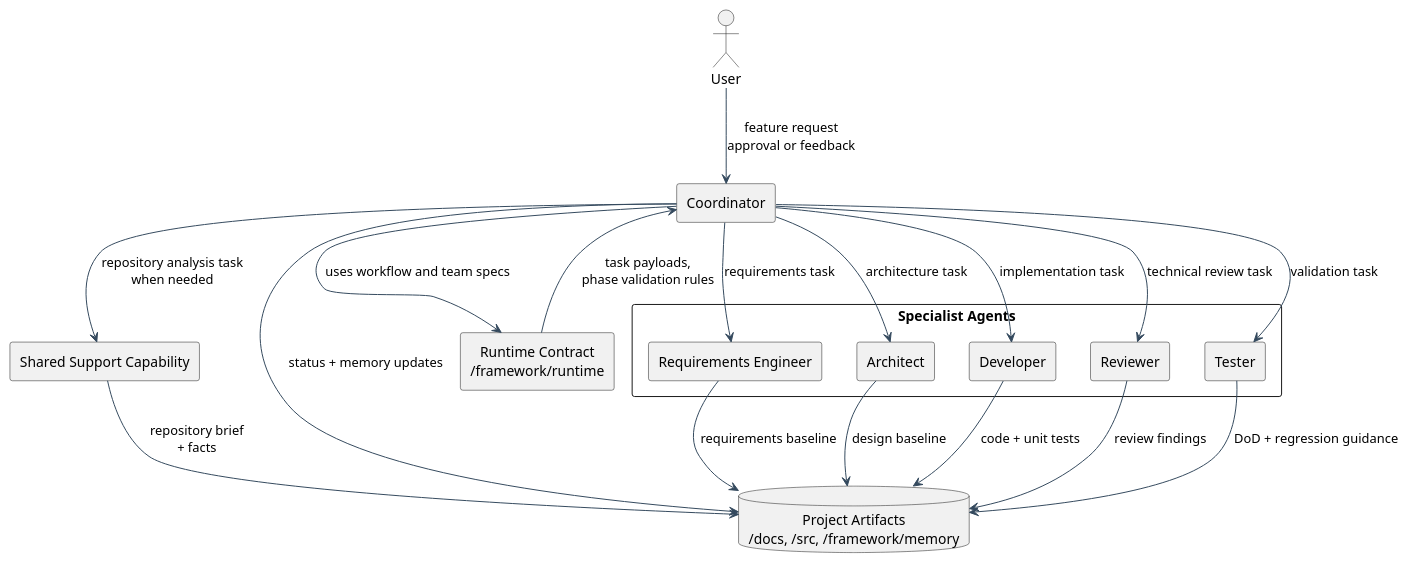
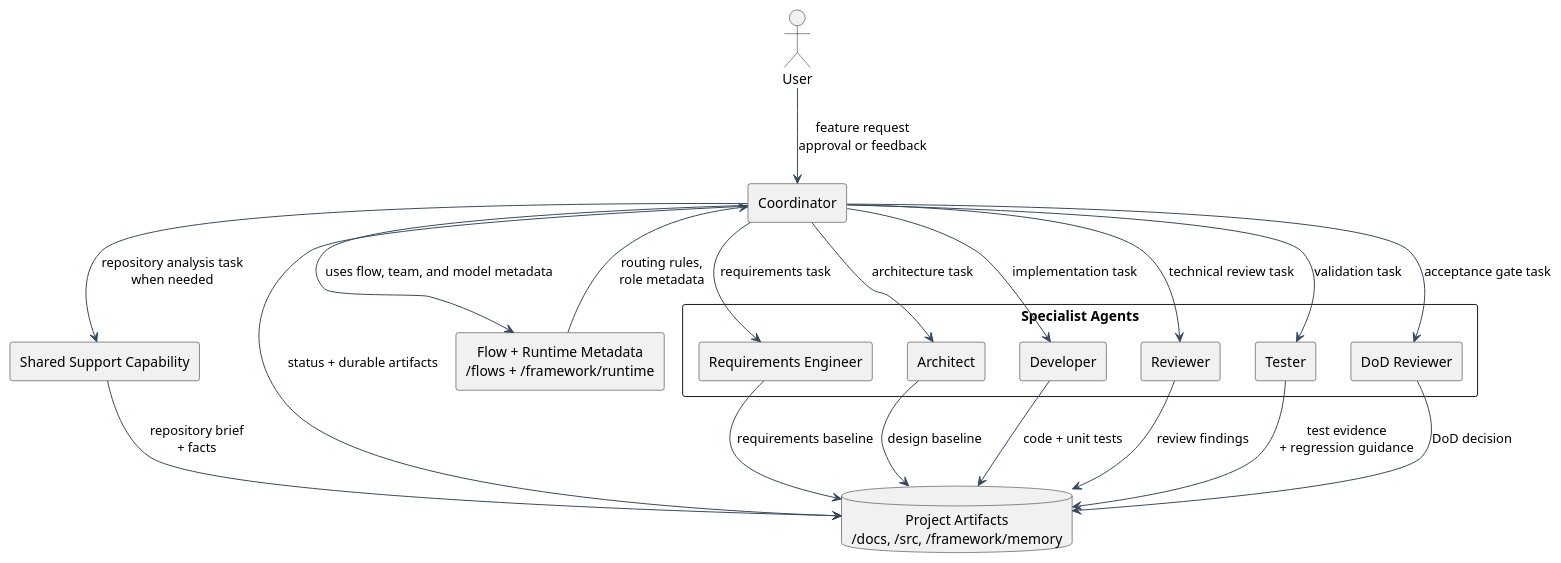
The diagram in framework/documentation/development-team-system.adoc (adriebaselmans/ai-dev-team-core), drawn with PlantUML before and after one commit. The commit also changed other lines of this file and 38 other files, not shown here.

```diff
--- a/framework/documentation/development-team-system.adoc
+++ b/framework/documentation/development-team-system.adoc
@@ -40,42 +40,45 @@
 [plantuml,team-system-context,svg]
 ----
 @startuml
 skinparam backgroundColor transparent
 skinparam shadowing false
 skinparam packageStyle rectangle
 skinparam ArrowColor #34495e
 skinparam DefaultTextAlignment center
 
 actor User
 rectangle "Coordinator" as Coordinator
 rectangle "Specialist Agents" as Specialists {
   rectangle "Requirements Engineer" as RE
   rectangle "Architect" as Arch
   rectangle "Developer" as Dev
   rectangle "Reviewer" as Rev
   rectangle "Tester" as Test
+  rectangle "DoD Reviewer" as DoD
 }
 rectangle "Shared Support Capability" as SharedTool
 database "Project Artifacts\n/docs, /src, /framework/memory" as Artifacts
-rectangle "Runtime Contract\n/framework/runtime" as Runtime
+rectangle "Flow + Runtime Metadata\n/flows + /framework/runtime" as Runtime
 
 User --> Coordinator : feature request\napproval or feedback
 Coordinator --> SharedTool : repository analysis task\nwhen needed
 Coordinator --> RE : requirements task
 Coordinator --> Arch : architecture task
 Coordinator --> Dev : implementation task
 Coordinator --> Rev : technical review task
 Coordinator --> Test : validation task
+Coordinator --> DoD : acceptance gate task
 
 SharedTool --> Artifacts : repository brief\n+ facts
 RE --> Artifacts : requirements baseline
 Arch --> Artifacts : design baseline
 Dev --> Artifacts : code + unit tests
 Rev --> Artifacts : review findings
-Test --> Artifacts : DoD + regression guidance
+Test --> Artifacts : test evidence\n+ regression guidance
+DoD --> Artifacts : DoD decision
 
-Coordinator --> Artifacts : status + memory updates
-Coordinator --> Runtime : uses workflow and team specs
-Runtime --> Coordinator : task payloads,\nphase validation rules
+Coordinator --> Artifacts : status + durable artifacts
+Coordinator --> Runtime : uses flow, team, and model metadata
+Runtime --> Coordinator : routing rules,\nrole metadata
 @enduml
 ----
```
